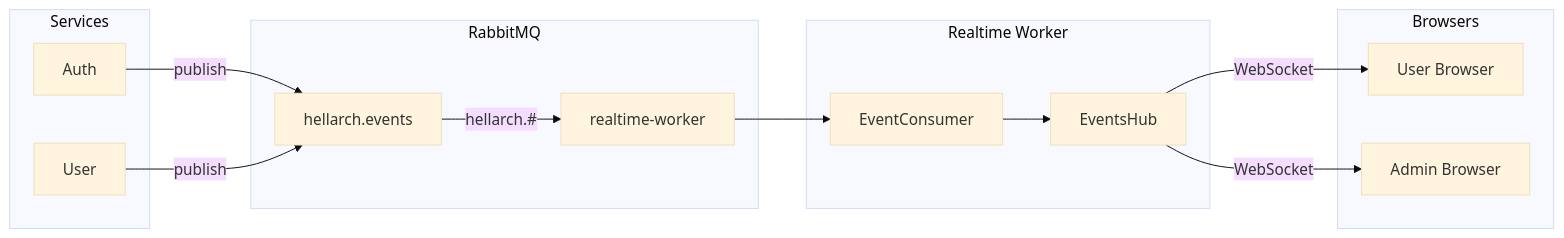
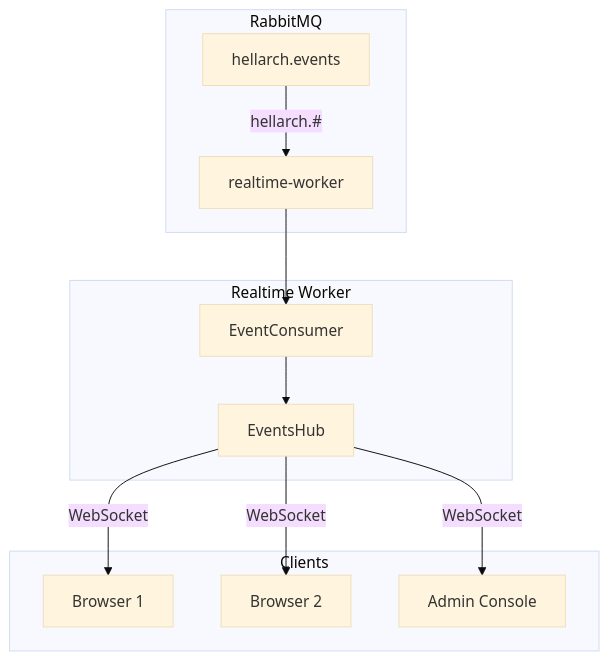
The first of 3 diagrams in docs/guide/workers/realtime.md (Nechja/hellArch), drawn with Mermaid (base theme) before and after one commit. The commit also changed other lines of this file and 1 other file, not shown here.

````diff
--- a/docs/guide/workers/realtime.md
+++ b/docs/guide/workers/realtime.md
@@ -19,30 +19,25 @@
 ```mermaid
-graph LR
-    subgraph Services
-        AUTH[Auth]
-        USER[User]
-    end
-
+graph TB
     subgraph RabbitMQ
         EX[hellarch.events]
         Q[realtime-worker]
     end
 
     subgraph Realtime Worker
         C[EventConsumer]
         H[EventsHub]
     end
 
-    subgraph Browsers
-        B1[User Browser]
-        B2[Admin Browser]
+    subgraph Clients
+        B1[Browser 1]
+        B2[Browser 2]
+        B3[Admin Console]
     end
 
-    AUTH -->|publish| EX
-    USER -->|publish| EX
     EX -->|hellarch.#| Q
     Q --> C
     C --> H
     H -->|WebSocket| B1
     H -->|WebSocket| B2
+    H -->|WebSocket| B3
 ```
````
